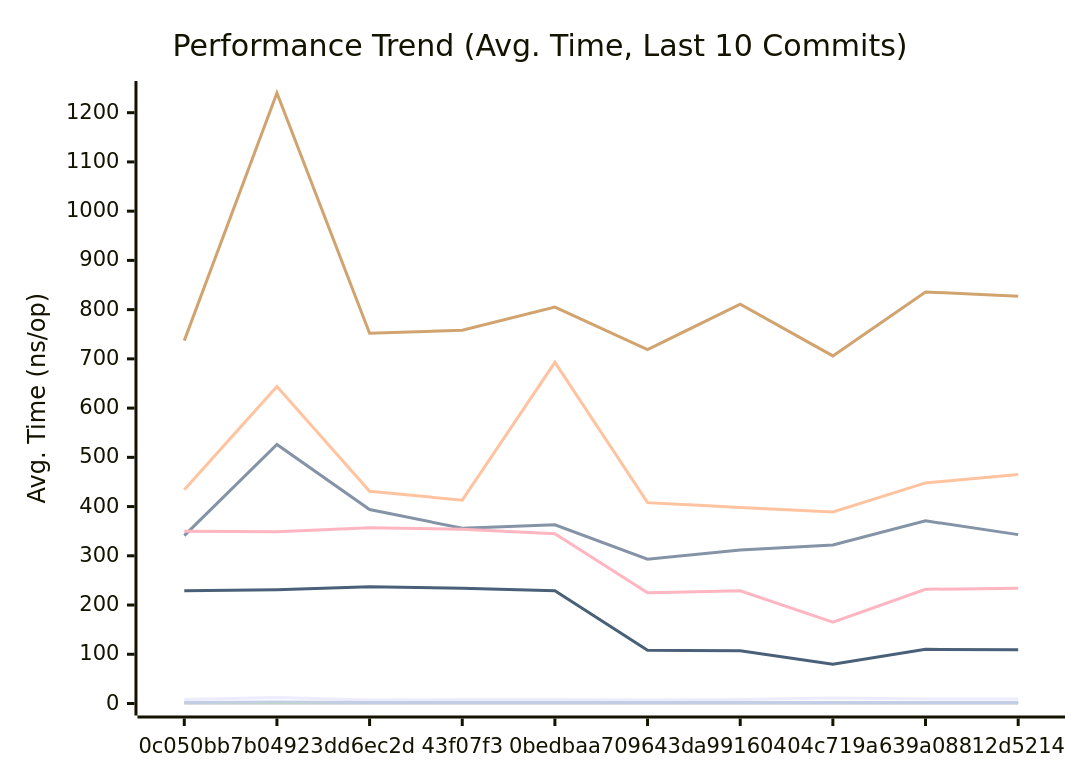
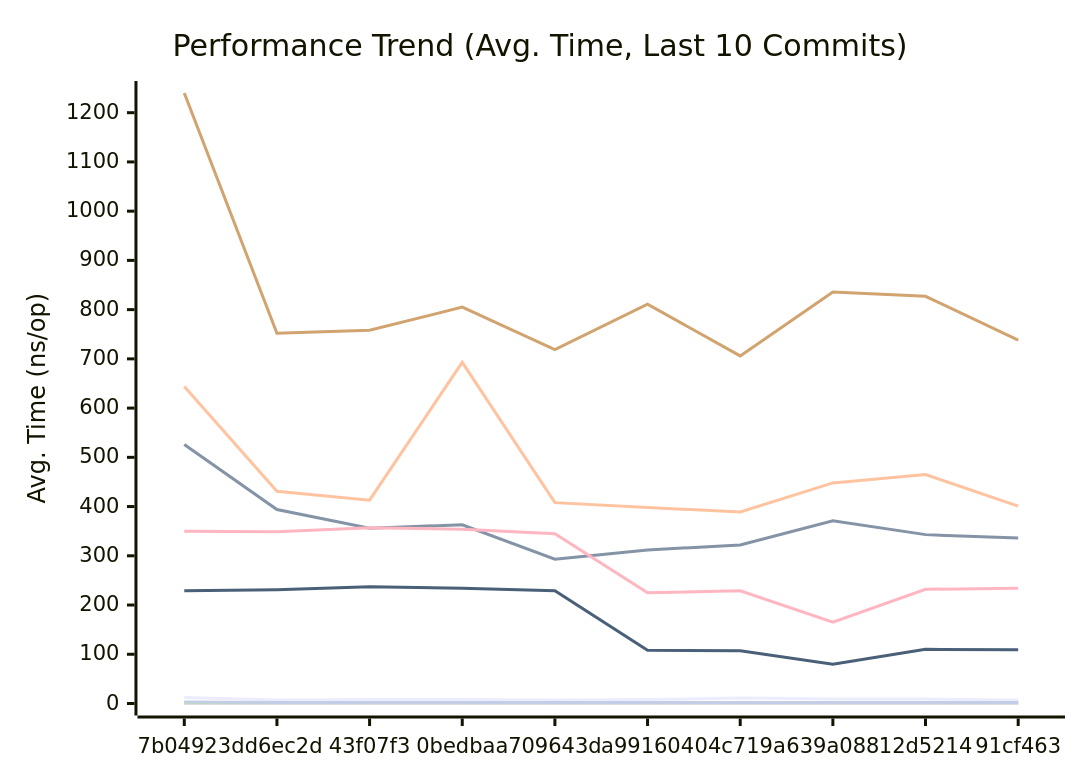
One commit to alsotoes/momo changed the first of 3 diagrams in docs/PERFORMANCE.md. Above: the diagram before and after it, drawn with Mermaid. The commit also changed other lines of this file and 3 other files, not shown here.

````diff
--- a/docs/PERFORMANCE.md
+++ b/docs/PERFORMANCE.md
@@ -80,16 +80,16 @@
 ```mermaid
 xychart-beta
     title "Performance Trend (Avg. Time, Last 10 Commits)"
     x-axis "Commit"
     y-axis "Avg. Time (ns/op)"
-    x-axis [0c050bb,7b04923,dd6ec2d,43f07f3,0bedbaa,709643d,a991604,04c719a,639a088,12d5214]
-    line "CheckMetricsAndSwap" [8,12,7,8,8,7,8,11,9,9]
-    line "CrushOptimized" [341,526,394,356,363,293,312,322,371,343]
-    line "CrushOriginal" [434,644,431,413,693,408,398,389,448,465]
+    x-axis [7b04923,dd6ec2d,43f07f3,0bedbaa,709643d,a991604,04c719a,639a088,12d5214,91cf463]
+    line "CheckMetricsAndSwap" [12,7,8,8,7,8,11,9,9,7]
+    line "CrushOptimized" [526,394,356,363,293,312,322,371,343,336]
+    line "CrushOriginal" [644,431,413,693,408,398,389,448,465,401]
     line "IndexDirectTracking" [0,0,0,0,0,0,0,0,0,0]
     line "IndexSearch" [2,2,2,2,2,2,2,2,2,2]
-    line "LoadGlobalConfig" [737,1240,752,758,805,719,811,706,836,827]
-    line "PadString" [2,3,2,2,2,2,2,2,2,2]
+    line "LoadGlobalConfig" [1240,752,758,805,719,811,706,836,827,738]
+    line "PadString" [3,2,2,2,2,2,2,2,2,2]
     line "ParseReplicationOrder_NoPrealloc" [350,349,357,354,345,225,229,165,232,234]
     line "ParseReplicationOrder_Prealloc" [229,231,237,234,229,108,107,80,110,109]
 ```
````
